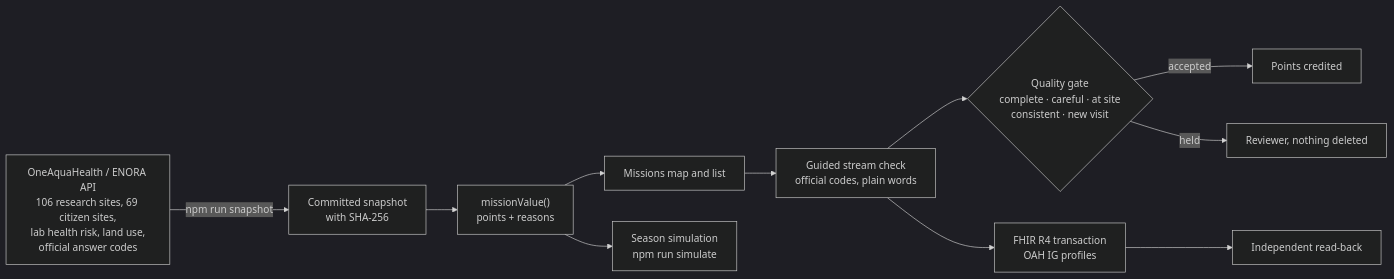
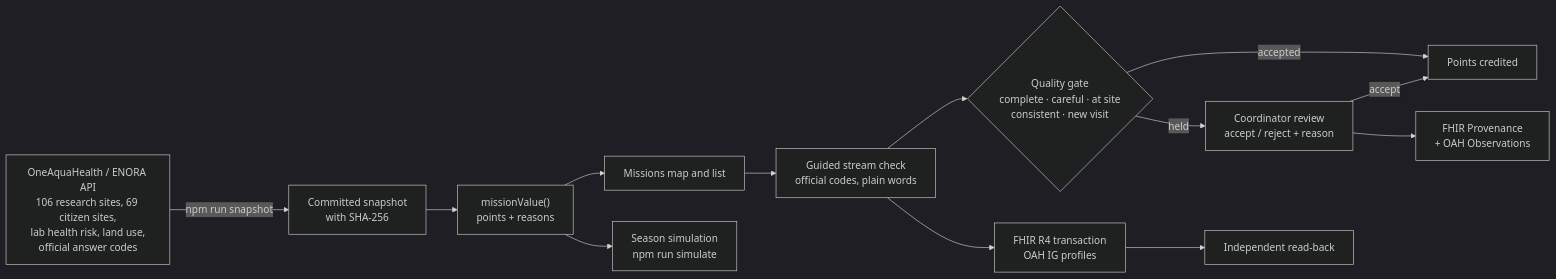
The diagram in README.md (BriceZemba/streamkeepers), drawn with Mermaid (dark theme) before and after one commit. The commit also changed other lines of this file and 5 other files, not shown here.

Commit message:
README: coordinator view and review provenance; add FHIR example bundles for validation

````diff
--- a/README.md
+++ b/README.md
@@ -78,13 +81,15 @@
 ```mermaid
 flowchart LR
   API["OneAquaHealth / ENORA API<br/>106 research sites, 69 citizen sites,<br/>lab health risk, land use,<br/>official answer codes"] -->|npm run snapshot| SNAP["Committed snapshot<br/>with SHA-256"]
   SNAP --> VALUE["missionValue()<br/>points + reasons"]
   VALUE --> MAP["Missions map and list"]
   MAP --> CHECK["Guided stream check<br/>official codes, plain words"]
   CHECK --> GATE{"Quality gate<br/>complete · careful · at site<br/>consistent · new visit"}
   GATE -->|accepted| PTS["Points credited"]
-  GATE -->|held| REV["Reviewer, nothing deleted"]
+  GATE -->|held| REV["Coordinator review<br/>accept / reject + reason"]
+  REV -->|accept| PTS
+  REV --> PROV["FHIR Provenance<br/>+ OAH Observations"]
   CHECK --> FHIR["FHIR R4 transaction<br/>OAH IG profiles"]
   FHIR --> READ["Independent read-back"]
   VALUE --> SIM["Season simulation<br/>npm run simulate"]
 ```
````
